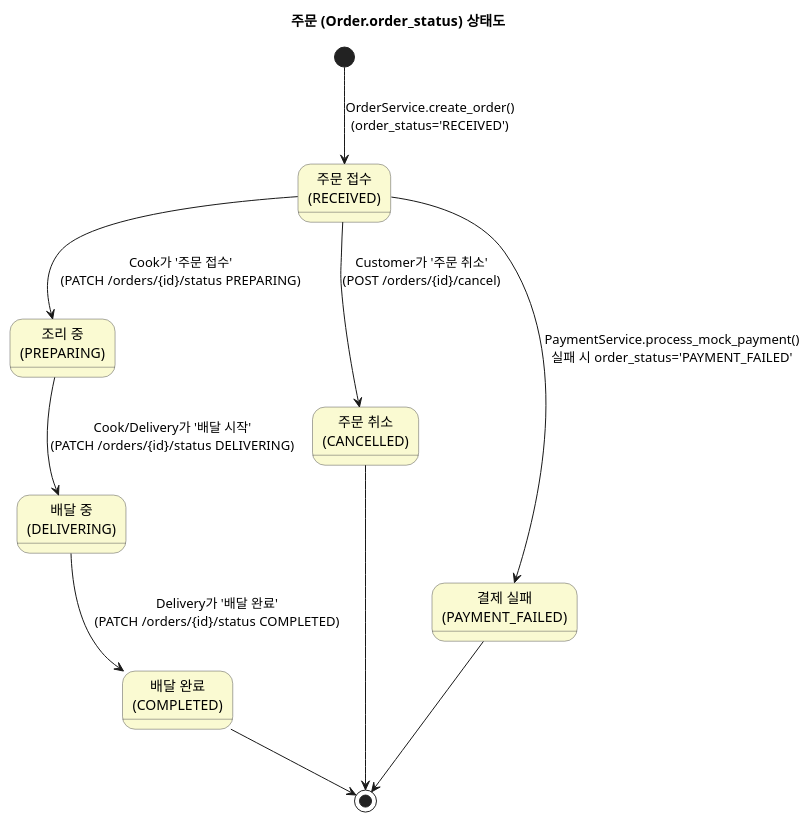
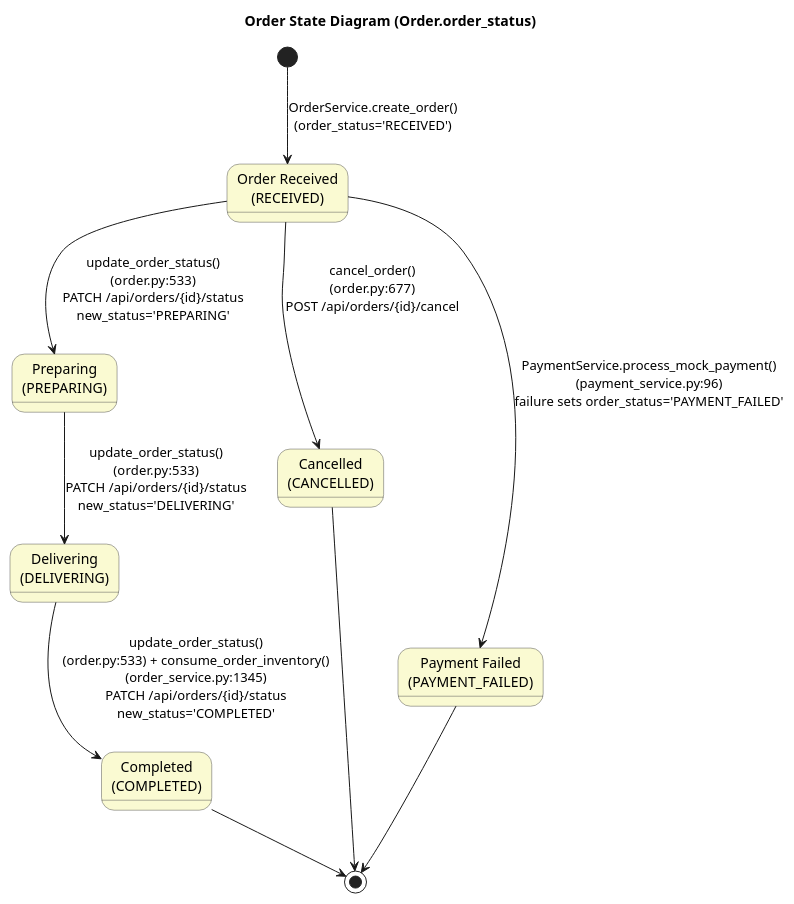
Before and after one commit to UOS2025SWE/MrDaebak: the diagram in SWE_Diagram/object_state_diagrams/Order_object_state.puml, drawn with PlantUML. The commit also changed 95 other files, not shown here.

Commit message:
산출물 다이어그램 및 다이어그램에 대한 설명 추가

```diff
--- a/SWE_Diagram/object_state_diagrams/Order_object_state.puml
+++ b/SWE_Diagram/object_state_diagrams/Order_object_state.puml
@@ -1,42 +1,41 @@
 @startuml
-title "주문 (Order.order_status) 상태도"
-skinparam defaultFontName "Malgun Gothic"
+title "Order State Diagram (Order.order_status)"
 skinparam shadowing false
 skinparam state {
   BackgroundColor #LightGoldenRodYellow
   BorderColor #555
   RoundCorner 10
 }
 
-' --- 상태 정의 (States) ---
-state "주문 접수\n(RECEIVED)" as Received
-state "조리 중\n(PREPARING)" as Preparing
-state "배달 중\n(DELIVERING)" as Delivering
-state "배달 완료\n(COMPLETED)" as Completed
-state "주문 취소\n(CANCELLED)" as Cancelled
-state "결제 실패\n(PAYMENT_FAILED)" as PaymentFailed
+' --- States ---
+state "Order Received\n(RECEIVED)" as Received
+state "Preparing\n(PREPARING)" as Preparing
+state "Delivering\n(DELIVERING)" as Delivering
+state "Completed\n(COMPLETED)" as Completed
+state "Cancelled\n(CANCELLED)" as Cancelled
+state "Payment Failed\n(PAYMENT_FAILED)" as PaymentFailed
 
-' --- 상태 전이 (Transitions) ---
+' --- Transitions ---
 
-' 시작점 (Entry Point)
-' OrderService.create_order()가 orders 테이블에 삽입하면
-' 항상 RECEIVED 상태로 시작한다.
+' Entry Point
+' OrderService.create_order() inserts into orders table
+' always starting with RECEIVED status
 [*] --> Received : OrderService.create_order()\n(order_status='RECEIVED')
 
-' "RECEIVED" 상태에서 가능한 전이
-Received --> Preparing : Cook가 '주문 접수'\n(PATCH /orders/{id}/status PREPARING)
-Received --> Cancelled : Customer가 '주문 취소'\n(POST /orders/{id}/cancel)
-Received --> PaymentFailed : PaymentService.process_mock_payment()\n실패 시 order_status='PAYMENT_FAILED'
+' From RECEIVED state
+Received --> Preparing : update_order_status()\n(order.py:533)\nPATCH /api/orders/{id}/status\nnew_status='PREPARING'
+Received --> Cancelled : cancel_order()\n(order.py:677)\nPOST /api/orders/{id}/cancel
+Received --> PaymentFailed : PaymentService.process_mock_payment()\n(payment_service.py:96)\nfailure sets order_status='PAYMENT_FAILED'
 
-' "PREPARING" 상태에서 가능한 전이
-Preparing --> Delivering : Cook/Delivery가 '배달 시작'\n(PATCH /orders/{id}/status DELIVERING)
+' From PREPARING state
+Preparing --> Delivering : update_order_status()\n(order.py:533)\nPATCH /api/orders/{id}/status\nnew_status='DELIVERING'
 
-' "DELIVERING" 상태에서 가능한 전이
-Delivering --> Completed : Delivery가 '배달 완료'\n(PATCH /orders/{id}/status COMPLETED)
+' From DELIVERING state
+Delivering --> Completed : update_order_status()\n(order.py:533) + consume_order_inventory()\n(order_service.py:1345)\nPATCH /api/orders/{id}/status\nnew_status='COMPLETED'
 
-' 최종 상태 (End States)
+' End States
 Completed --> [*]
 Cancelled --> [*]
 PaymentFailed --> [*]
 
 @enduml
```
